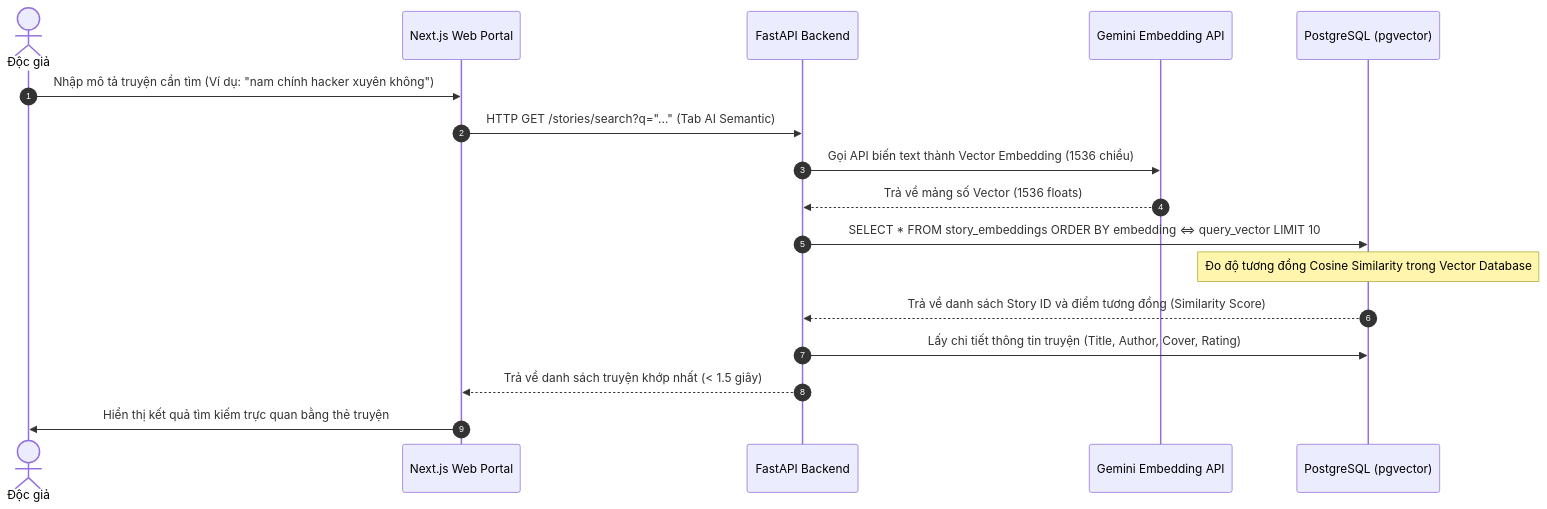
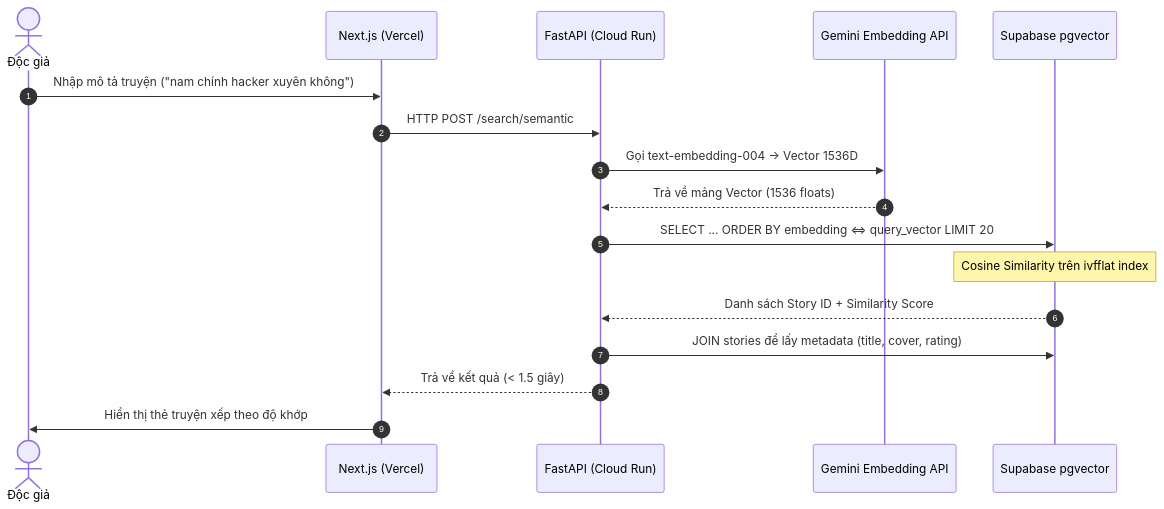
The sixth of 7 diagrams in README.md (zeus058/YAG_WRITING_WEB), drawn with Mermaid before and after one commit. The commit also changed other lines of this file and 18 other files, not shown here.

````diff
--- a/README.md
+++ b/README.md
@@ -343,20 +414,20 @@
 ```mermaid
 sequenceDiagram
     autonumber
     actor Reader as Độc giả
-    participant Client as Next.js Web Portal
-    participant API as FastAPI Backend
+    participant Client as Next.js (Vercel)
+    participant API as FastAPI (Cloud Run)
     participant Gemini as Gemini Embedding API
-    participant PG as PostgreSQL (pgvector)
+    participant PG as Supabase pgvector
 
-    Reader->>Client: Nhập mô tả truyện cần tìm (Ví dụ: "nam chính hacker xuyên không")
-    Client->>API: HTTP GET /stories/search?q="..." (Tab AI Semantic)
-    API->>Gemini: Gọi API biến text thành Vector Embedding (1536 chiều)
-    Gemini-->>API: Trả về mảng số Vector (1536 floats)
-    API->>PG: SELECT * FROM story_embeddings ORDER BY embedding <=> query_vector LIMIT 10
-    Note over PG: Đo độ tương đồng Cosine Similarity trong Vector Database
-    PG-->>API: Trả về danh sách Story ID và điểm tương đồng (Similarity Score)
-    API->>PG: Lấy chi tiết thông tin truyện (Title, Author, Cover, Rating)
-    API-->>Client: Trả về danh sách truyện khớp nhất (< 1.5 giây)
-    Client->>Reader: Hiển thị kết quả tìm kiếm trực quan bằng thẻ truyện
+    Reader->>Client: Nhập mô tả truyện ("nam chính hacker xuyên không")
+    Client->>API: HTTP POST /search/semantic
+    API->>Gemini: Gọi text-embedding-004 → Vector 1536D
+    Gemini-->>API: Trả về mảng Vector (1536 floats)
+    API->>PG: SELECT ... ORDER BY embedding <=> query_vector LIMIT 20
+    Note over PG: Cosine Similarity trên ivfflat index
+    PG-->>API: Danh sách Story ID + Similarity Score
+    API->>PG: JOIN stories để lấy metadata (title, cover, rating)
+    API-->>Client: Trả về kết quả (< 1.5 giây)
+    Client->>Reader: Hiển thị thẻ truyện xếp theo độ khớp
 ```
````
